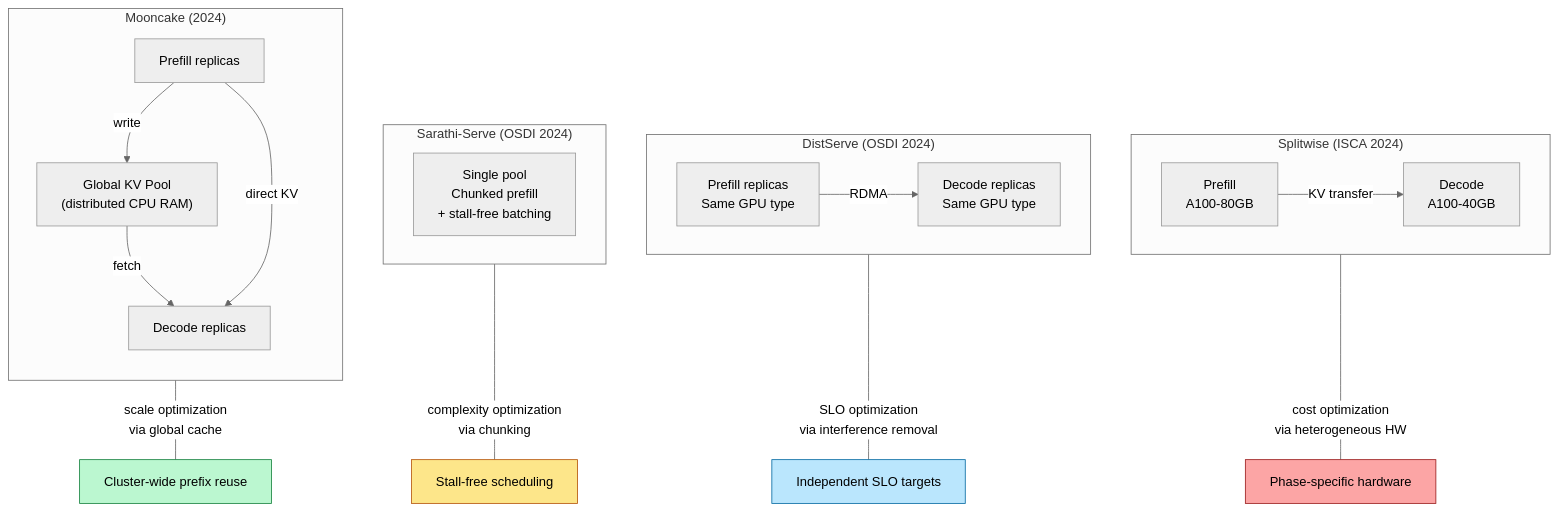
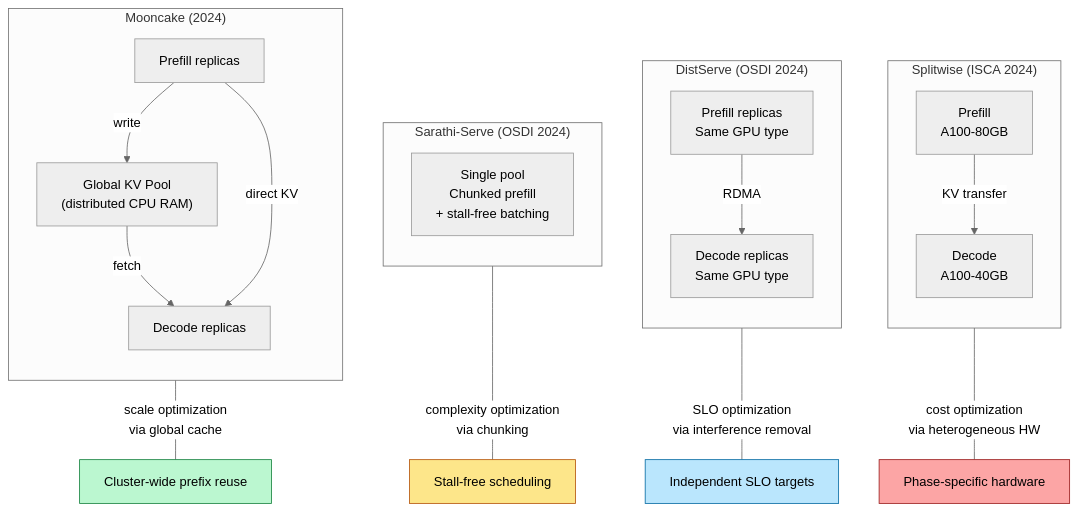
One commit to Wty2003328/ai_infra_intro changed the first of 4 diagrams in ai_infra/L8_Inference_and_Serving/Disaggregated_Serving_2025.md. Above: the diagram before and after it, drawn with Mermaid (neutral theme). The commit also changed 13 other files, not shown here.

````diff
--- a/ai_infra/L8_Inference_and_Serving/Disaggregated_Serving_2025.md
+++ b/ai_infra/L8_Inference_and_Serving/Disaggregated_Serving_2025.md
@@ -74,34 +74,34 @@
 ```mermaid
 flowchart TB
     subgraph Splitwise["Splitwise (ISCA 2024)"]
-        direction LR
+        direction TB
         SP["Prefill<br/>A100-80GB"] -->|"KV transfer"| SD["Decode<br/>A100-40GB"]
     end
 
     subgraph DistServe["DistServe (OSDI 2024)"]
-        direction LR
+        direction TB
         DP["Prefill replicas<br/>Same GPU type"] -->|"RDMA"| DD["Decode replicas<br/>Same GPU type"]
     end
 
     subgraph Sarathi["Sarathi-Serve (OSDI 2024)"]
-        direction LR
+        direction TB
         CB["Single pool<br/>Chunked prefill<br/>+ stall-free batching"]
     end
 
     subgraph Mooncake["Mooncake (2024)"]
         direction TB
         MP["Prefill replicas"] -->|"write"| MKV["Global KV Pool<br/>(distributed CPU RAM)"]
         MKV -->|"fetch"| MD["Decode replicas"]
         MP -->|"direct KV"| MD
     end
 
     Splitwise ---|"cost optimization<br/>via heterogeneous HW"| IDEA1["Phase-specific hardware"]
     DistServe ---|"SLO optimization<br/>via interference removal"| IDEA2["Independent SLO targets"]
     Sarathi ---|"complexity optimization<br/>via chunking"| IDEA3["Stall-free scheduling"]
     Mooncake ---|"scale optimization<br/>via global cache"| IDEA4["Cluster-wide prefix reuse"]
 
     style IDEA1 fill:#fca5a5,stroke:#991b1b,color:#000
     style IDEA2 fill:#bae6fd,stroke:#0369a1,color:#000
     style IDEA3 fill:#fde68a,stroke:#b45309,color:#000
     style IDEA4 fill:#bbf7d0,stroke:#15803d,color:#000
 ```
````
